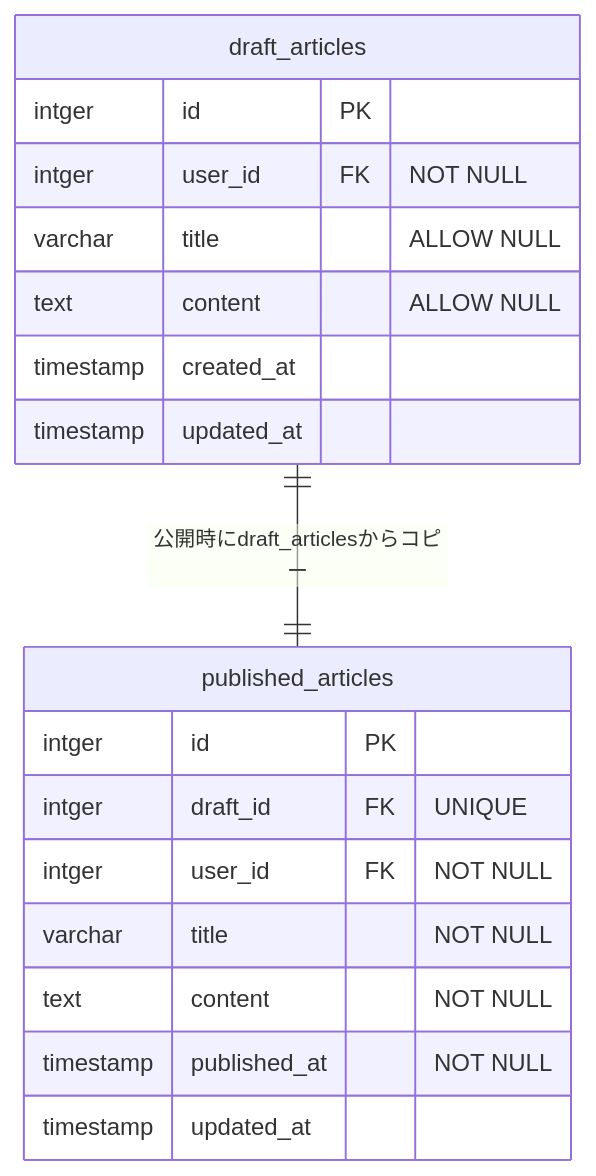
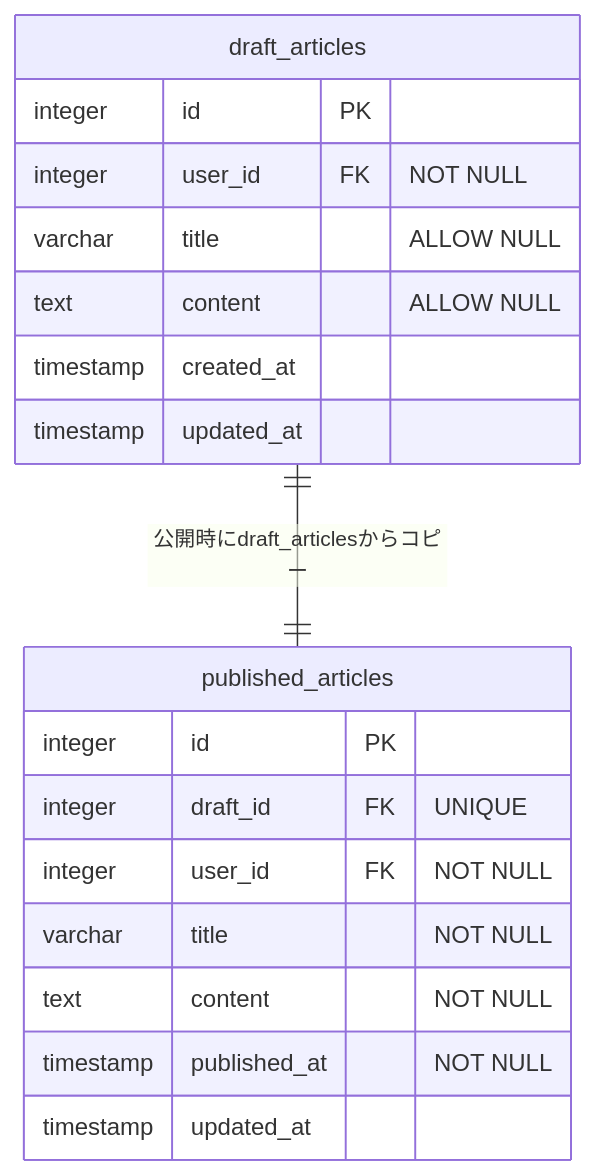
The second of 5 diagrams in articles/57f2197681b2e2.md (sloppybook/zenn), drawn with Mermaid before and after one commit. The commit also changed other lines of this file, not shown here.

````diff
--- a/articles/57f2197681b2e2.md
+++ b/articles/57f2197681b2e2.md
@@ -61,24 +61,24 @@
 ```mermaid
 erDiagram
   draft_articles ||--|| published_articles : "公開時にdraft_articlesからコピー"
 
   draft_articles {
-    intger id PK
-    intger user_id FK "NOT NULL"
+    integer id PK
+    integer user_id FK "NOT NULL"
     varchar title "ALLOW NULL"
     text content "ALLOW NULL"
     timestamp created_at
     timestamp updated_at
   }
 
   published_articles {
-    intger id PK
-    intger draft_id FK "UNIQUE"
-    intger user_id FK "NOT NULL"
+    integer id PK
+    integer draft_id FK "UNIQUE"
+    integer user_id FK "NOT NULL"
     varchar title "NOT NULL"
     text content "NOT NULL"
     timestamp published_at "NOT NULL"
     timestamp updated_at
   }
 
 ```
````
